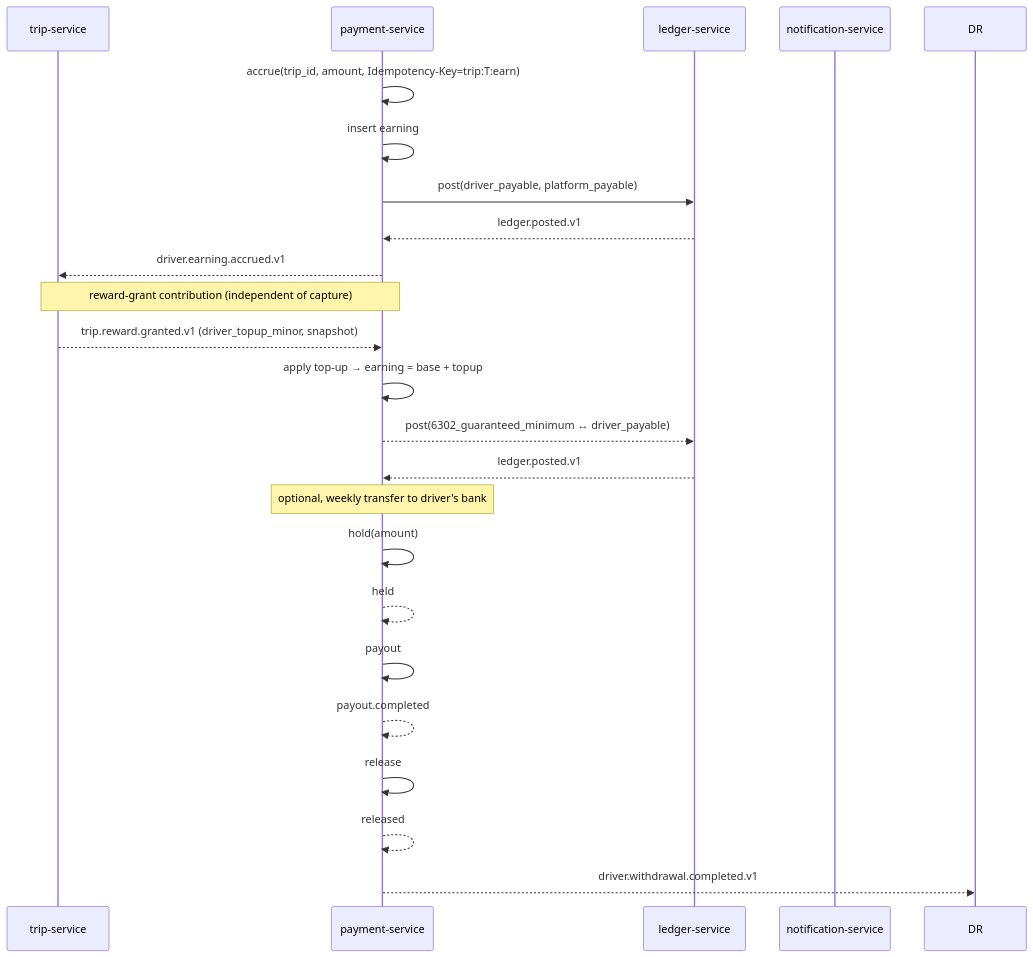
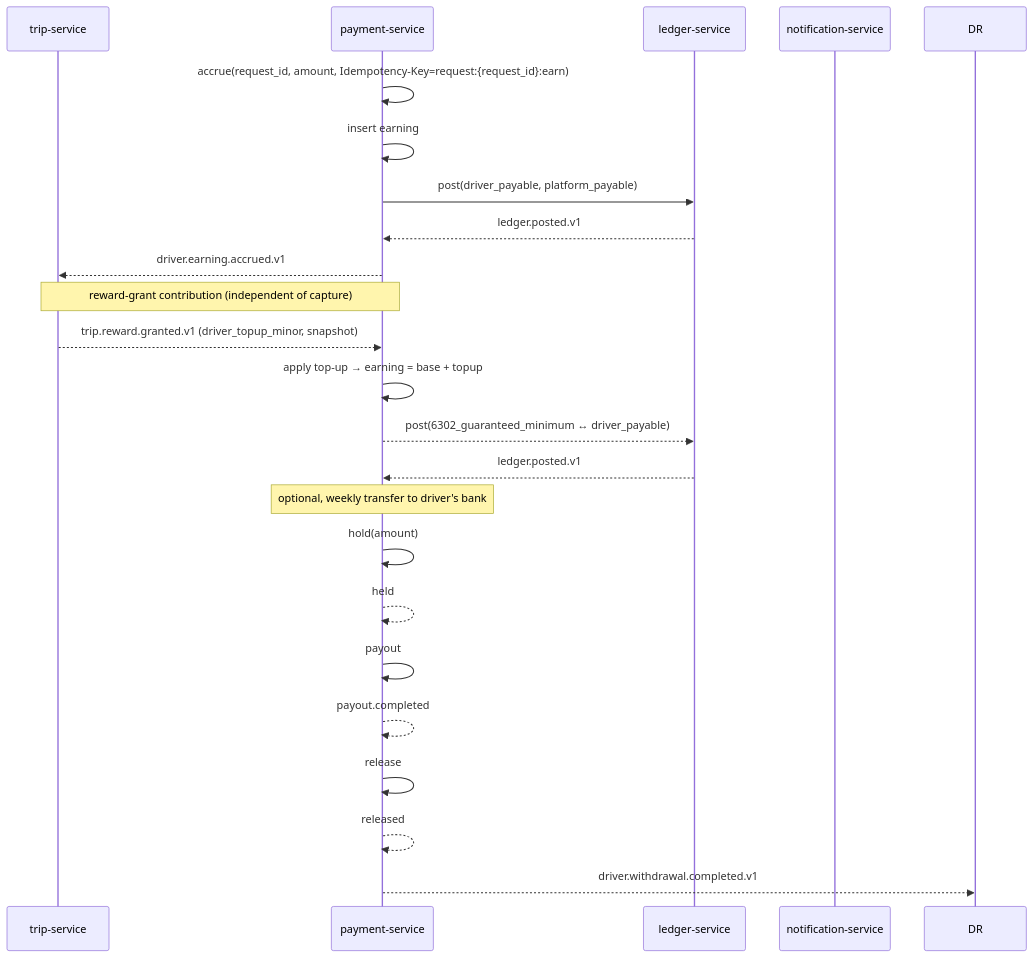
Before and after one commit to mohamedhabibwork/trips-enjoy-docs: the fourth of 9 diagrams in docs/workflows/PAYMENT_WORKFLOWS.md, drawn with Mermaid. The commit also changed other lines of this file and 201 other files, not shown here.

````diff
--- a/docs/workflows/PAYMENT_WORKFLOWS.md
+++ b/docs/workflows/PAYMENT_WORKFLOWS.md
@@ -101,28 +101,28 @@
 ```mermaid
 sequenceDiagram
     participant TR as trip-service
     participant PAY as payment-service
     participant LD as ledger-service
     participant NOT as notification-service
 
-    PAY->>PAY: accrue(trip_id, amount, Idempotency-Key=trip:T:earn)
+    PAY->>PAY: accrue(request_id, amount, Idempotency-Key=request:{request_id}:earn)
     PAY->>PAY: insert earning
     PAY->>LD: post(driver_payable, platform_payable)
     LD-->>PAY: ledger.posted.v1
     PAY-->>TR: driver.earning.accrued.v1
 
     Note over TR,PAY: reward-grant contribution (independent of capture)
     TR-->>PAY: trip.reward.granted.v1 (driver_topup_minor, snapshot)
     PAY->>PAY: apply top-up → earning = base + topup
     PAY-->>LD: post(6302_guaranteed_minimum ↔ driver_payable)
     LD-->>PAY: ledger.posted.v1
 
     Note over PAY: optional, weekly transfer to driver's bank
     PAY->>PAY: hold(amount)
     PAY-->>PAY: held
     PAY->>PAY: payout
     PAY-->>PAY: payout.completed
     PAY->>PAY: release
     PAY-->>PAY: released
     PAY-->>DR: driver.withdrawal.completed.v1
 ```
````
